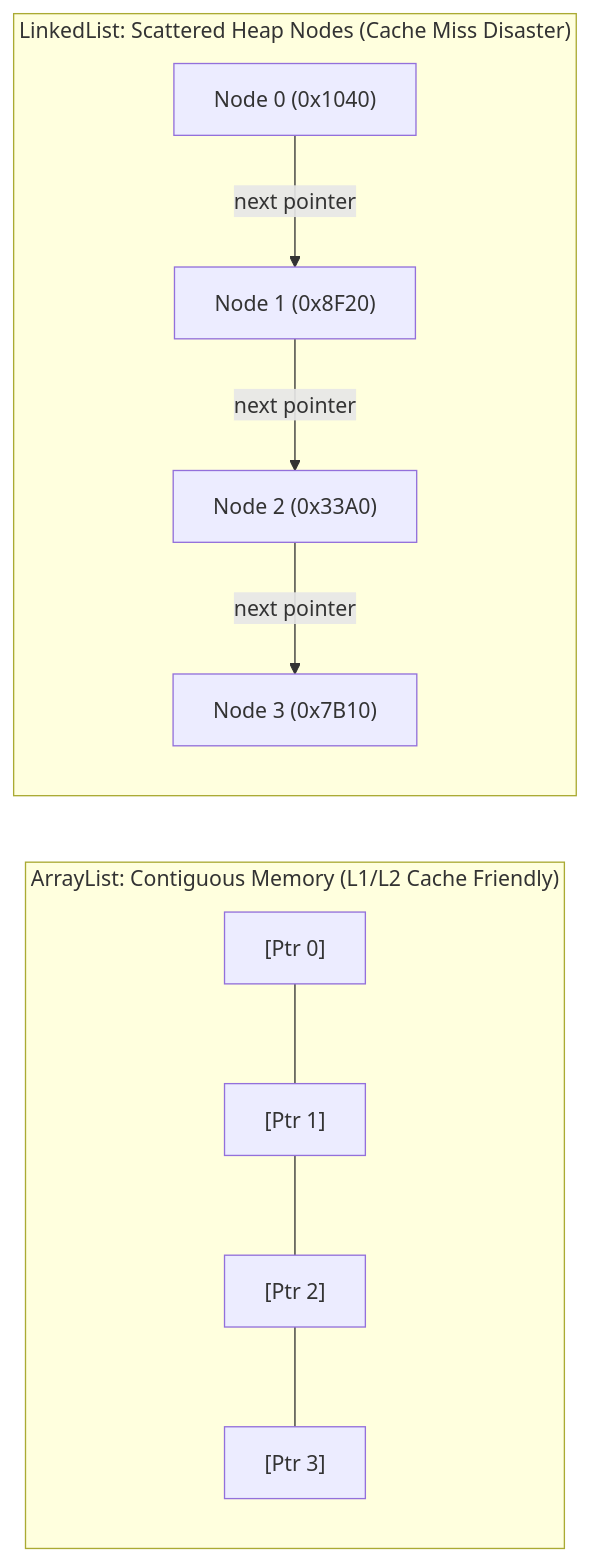
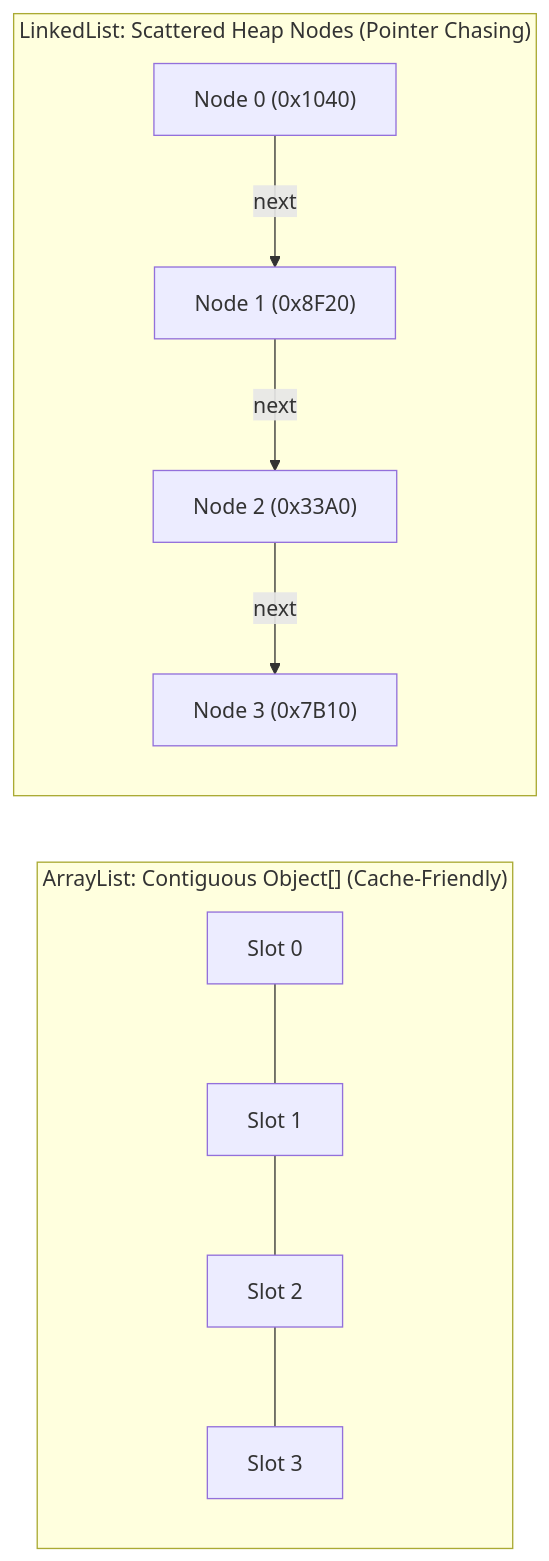
The third of 3 diagrams in content/roadmap/level-3/the-collections-framework-lists-sets.md (ravishankar2463/java_hub), drawn with Mermaid before and after one commit. The commit also changed other lines of this file and 119 other files, not shown here.

Commit message:
feat: add comprehensive java learning roadmap content across multiple levels

````diff
--- a/content/roadmap/level-3/the-collections-framework-lists-sets.md
+++ b/content/roadmap/level-3/the-collections-framework-lists-sets.md
@@ -106,12 +125,12 @@
 ```mermaid
 flowchart LR
-    subgraph ArrayListMem ["ArrayList: Contiguous Memory (L1/L2 Cache Friendly)"]
-        A0["[Ptr 0]"] --- A1["[Ptr 1]"] --- A2["[Ptr 2]"] --- A3["[Ptr 3]"]
+    subgraph ArrayMem["ArrayList: Contiguous Object[] (Cache-Friendly)"]
+        a0["Slot 0"] --- a1["Slot 1"] --- a2["Slot 2"] --- a3["Slot 3"]
     end
 
-    subgraph LinkedListMem ["LinkedList: Scattered Heap Nodes (Cache Miss Disaster)"]
-        N0["Node 0 (0x1040)"] -->|"next pointer"| N1["Node 1 (0x8F20)"]
-        N1 -->|"next pointer"| N2["Node 2 (0x33A0)"]
-        N2 -->|"next pointer"| N3["Node 3 (0x7B10)"]
+    subgraph LinkedMem["LinkedList: Scattered Heap Nodes (Pointer Chasing)"]
+        n0["Node 0 (0x1040)"] -->|"next"| n1["Node 1 (0x8F20)"]
+        n1 -->|"next"| n2["Node 2 (0x33A0)"]
+        n2 -->|"next"| n3["Node 3 (0x7B10)"]
     end
 ```
````
